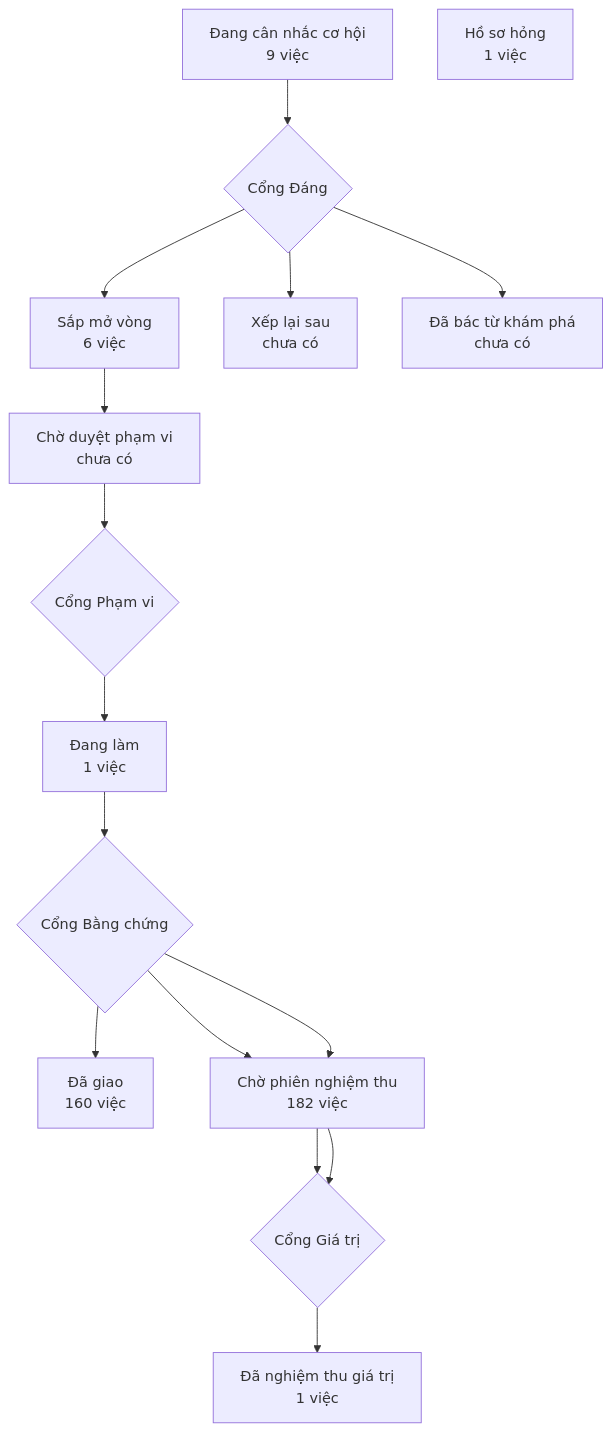
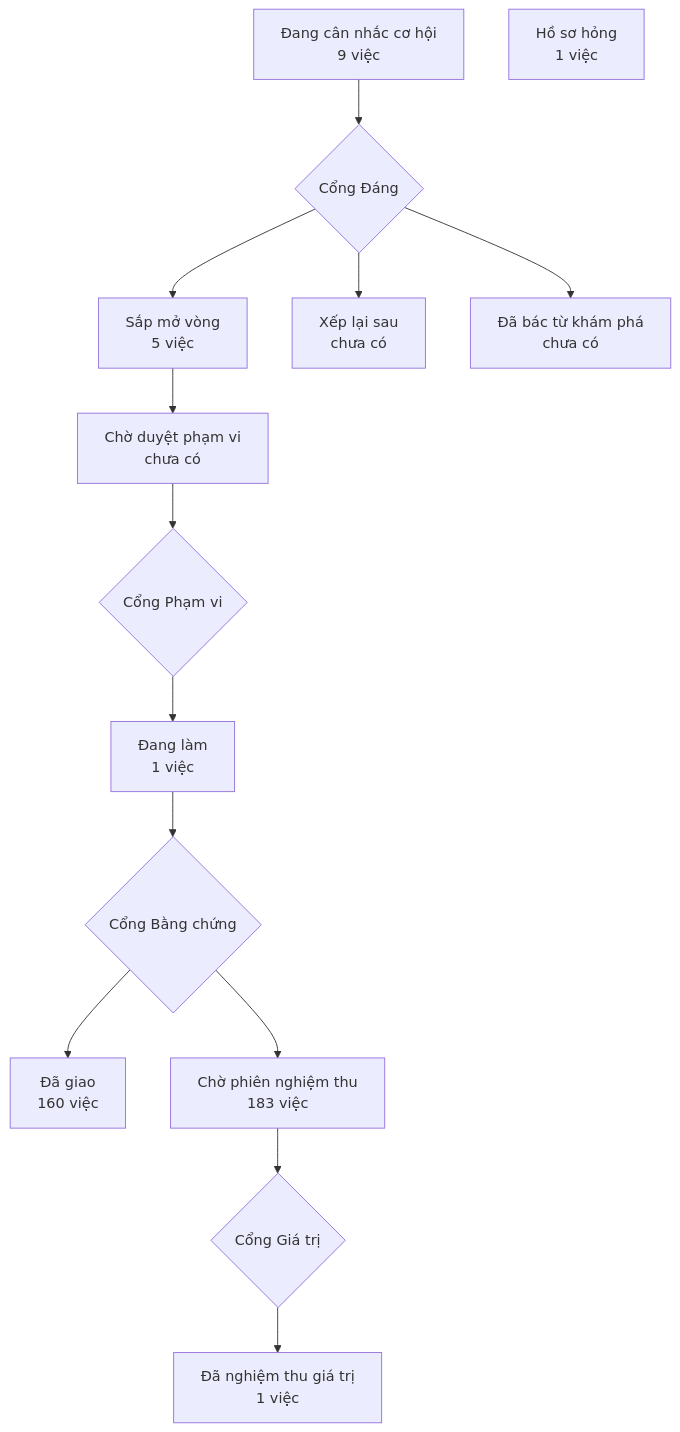
Before and after one commit to phanlemanh/crm-onehub: the diagram in PRODUCT-MAP.md, drawn with Mermaid. The commit also changed 1 other file, not shown here.

Commit message:
chore(ho-so-do-kiem-cheo): vẽ lại bản đồ và trang lộ trình sau gộp onehub 485bdc710

````diff
--- a/PRODUCT-MAP.md
+++ b/PRODUCT-MAP.md
@@ -7,14 +7,13 @@
 ```mermaid
 flowchart TD
   A["Đang cân nhắc cơ hội<br/>9 việc"] --> GD{"Cổng Đáng"}
-  GD --> B["Sắp mở vòng<br/>6 việc"]
+  GD --> B["Sắp mở vòng<br/>5 việc"]
   GD --> XL["Xếp lại sau<br/>chưa có"]
   GD --> DB["Đã bác từ khám phá<br/>chưa có"]
   B --> CD["Chờ duyệt phạm vi<br/>chưa có"] --> GP{"Cổng Phạm vi"}
   GP --> DL["Đang làm<br/>1 việc"] --> GB{"Cổng Bằng chứng"}
   GB --> DG["Đã giao<br/>160 việc"]
-  GB --> CN["Chờ phiên nghiệm thu<br/>181 việc"] --> GG{"Cổng Giá trị"}
-  GB --> CN["Chờ phiên nghiệm thu<br/>182 việc"] --> GG{"Cổng Giá trị"}
+  GB --> CN["Chờ phiên nghiệm thu<br/>183 việc"] --> GG{"Cổng Giá trị"}
   GG --> NT["Đã nghiệm thu giá trị<br/>1 việc"]
   HS["Hồ sơ hỏng<br/>1 việc"]
 ```
````
